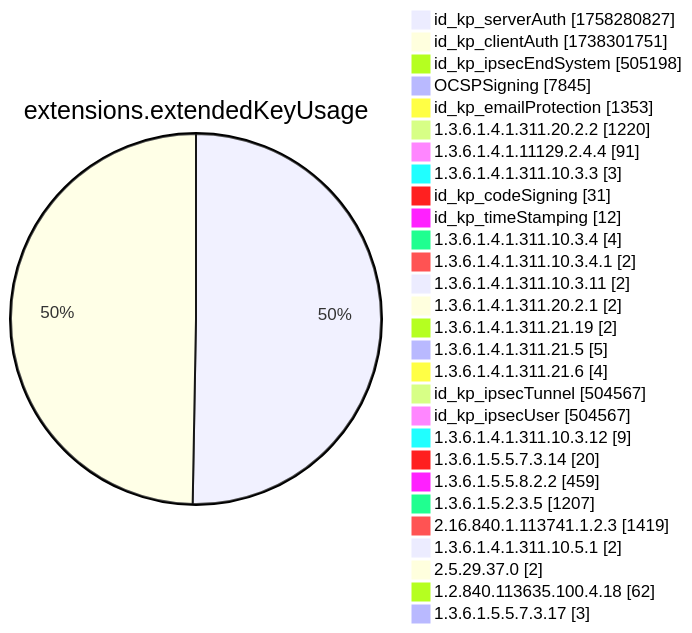
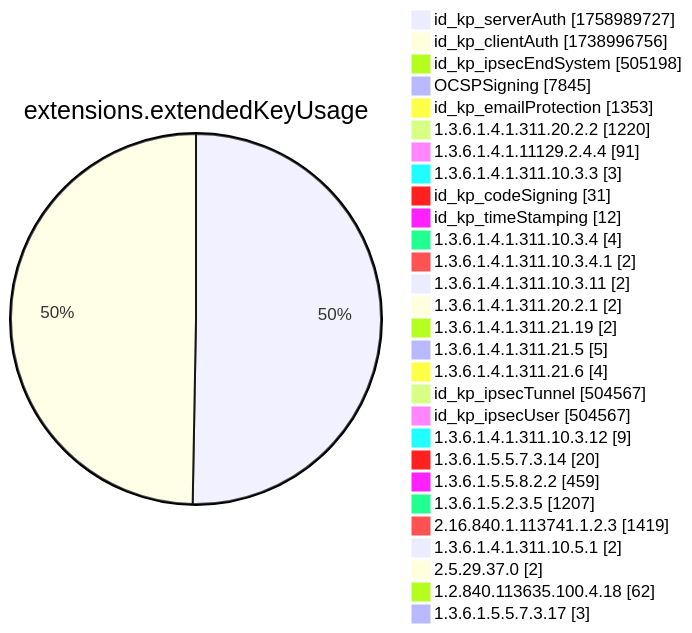
Diagram 12 of 15 in xenon2022/README.md (christiankrug/ctmonitor_visualization), drawn with Mermaid before and after one commit. The commit also changed other lines of this file, not shown here.

````diff
--- a/xenon2022/README.md
+++ b/xenon2022/README.md
@@ -3892,32 +3892,32 @@
 ```mermaid
 pie showData
 title extensions.extendedKeyUsage
-"id_kp_serverAuth" :1758280827
-"id_kp_clientAuth" :1738301751
+"id_kp_serverAuth" :1758989727
+"id_kp_clientAuth" :1738996756
 "id_kp_ipsecEndSystem" :505198
 "OCSPSigning" :7845
 "id_kp_emailProtection" :1353
 "1.3.6.1.4.1.311.20.2.2" :1220
 "1.3.6.1.4.1.11129.2.4.4" :91
 "1.3.6.1.4.1.311.10.3.3" :3
 "id_kp_codeSigning" :31
 "id_kp_timeStamping" :12
 "1.3.6.1.4.1.311.10.3.4" :4
 "1.3.6.1.4.1.311.10.3.4.1" :2
 "1.3.6.1.4.1.311.10.3.11" :2
 "1.3.6.1.4.1.311.20.2.1" :2
 "1.3.6.1.4.1.311.21.19" :2
 "1.3.6.1.4.1.311.21.5" :5
 "1.3.6.1.4.1.311.21.6" :4
 "id_kp_ipsecTunnel" :504567
 "id_kp_ipsecUser" :504567
 "1.3.6.1.4.1.311.10.3.12" :9
 "1.3.6.1.5.5.7.3.14" :20
 "1.3.6.1.5.5.8.2.2" :459
 "1.3.6.1.5.2.3.5" :1207
 "2.16.840.1.113741.1.2.3" :1419
 "1.3.6.1.4.1.311.10.5.1" :2
 "2.5.29.37.0" :2
 "1.2.840.113635.100.4.18" :62
 "1.3.6.1.5.5.7.3.17" :3
 ```
````
